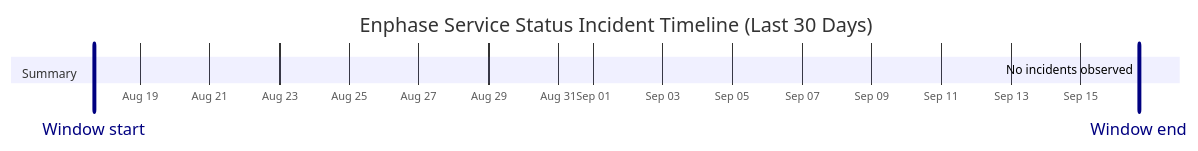
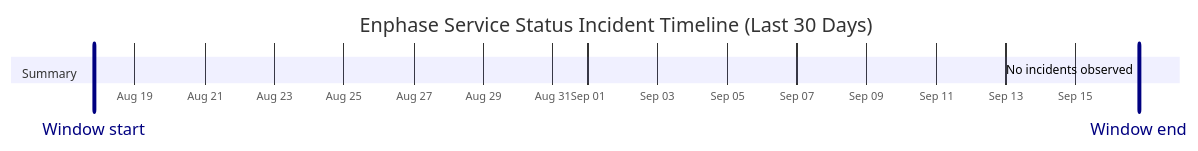
One commit to barneyonline/ha-enphase-energy changed the diagram in wiki/Service-Status-History.md. Above: the diagram before and after it, drawn with Mermaid. The commit also changed other lines of this file and 3 other files, not shown here.

````diff
--- a/wiki/Service-Status-History.md
+++ b/wiki/Service-Status-History.md
@@ -14,10 +14,10 @@
 ```mermaid
 gantt
     title Enphase Service Status Incident Timeline (Last 30 Days)
     dateFormat  YYYY-MM-DDTHH:mm:ss
     axisFormat  %b %d
-    Window start :vert, window-start, 2026-08-17T16:11:10, 0ms
-    Window end :vert, window-end, 2026-09-16T16:11:10, 0ms
+    Window start :vert, window-start, 2026-08-17T19:37:57, 0ms
+    Window end :vert, window-end, 2026-09-16T19:37:57, 0ms
     section Summary
-    No incidents observed :done, 2026-09-16T16:11:10, 1m
+    No incidents observed :done, 2026-09-16T19:37:57, 1m
 ```
````
